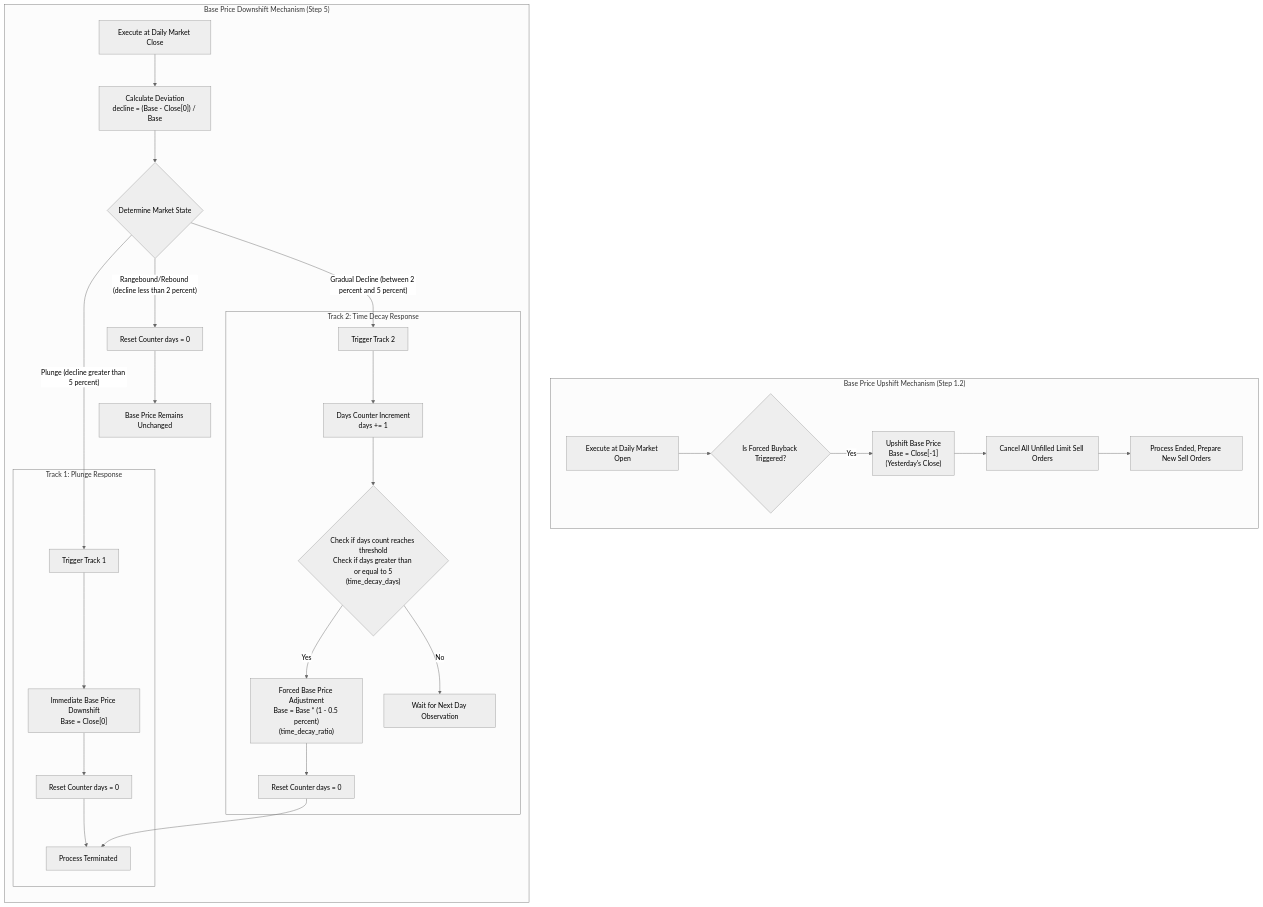
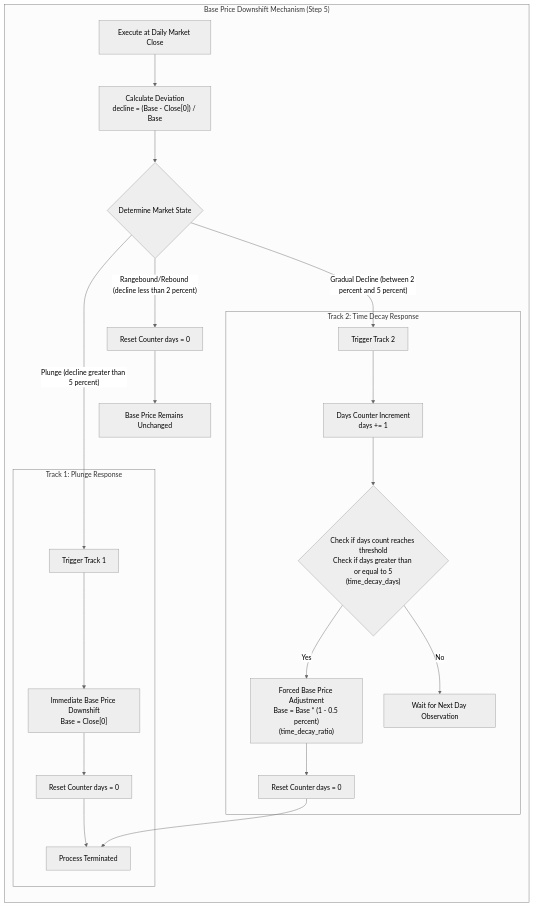
Before and after one commit to hhdsyxwei/campsis: the second of 4 diagrams in docs/strategy-designs/grid-based-bear-chasing-strategy.md, drawn with Mermaid (neutral theme). The commit also changed other lines of this file, not shown here.

First line of the commit message:
refactor(strategy): revert to unidirectional base price 'Gravity Model'

````diff
--- a/docs/strategy-designs/grid-based-bear-chasing-strategy.md
+++ b/docs/strategy-designs/grid-based-bear-chasing-strategy.md
@@ -377,41 +377,33 @@
 ```mermaid
 flowchart TD
-    subgraph "Base Price Upshift Mechanism (Step 1.2)"
-        direction LR
-        UpStart["Execute at Daily Market Open"] --> CheckForcedBuyback{"Is Forced Buyback Triggered?"}
-        CheckForcedBuyback -- Yes --> UpAction["Upshift Base Price<br>Base = Close[-1]<br>(Yesterday's Close)"]
-        UpAction --> CancelSells["Cancel All Unfilled Limit Sell Orders"]
-        CancelSells --> UpEnd["Process Ended, Prepare New Sell Orders"]
-    end
-
     subgraph "Base Price Downshift Mechanism (Step 5)"
         direction TB
         DownStart["Execute at Daily Market Close"] --> Calc["Calculate Deviation<br>decline = (Base - Close[0]) / Base"]
         
         Calc --> CheckCondition{"Determine Market State"}
         
         CheckCondition -- "Plunge (decline greater than 5 percent)" --> Track1_Start
         
         subgraph "Track 1: Plunge Response"
             Track1_Start["Trigger Track 1"] --> Track1_Action["Immediate Base Price Downshift<br>Base = Close[0]"]
             Track1_Action --> Track1_Reset["Reset Counter days = 0"]
             Track1_Reset --> DownEnd
         end
         
         CheckCondition -- "Gradual Decline (between 2 percent and 5 percent)" --> Track2_Start
         
         subgraph "Track 2: Time Decay Response"
             Track2_Start["Trigger Track 2"] --> Inc["Days Counter Increment<br>days += 1"]
             Inc --> CheckDays{"Check if days count reaches threshold<br>Check if days greater than or equal to 5<br>(time_decay_days)"}
             CheckDays -- "Yes" --> Decay["Forced Base Price Adjustment<br>Base = Base * (1 - 0.5 percent)<br>(time_decay_ratio)"]
             Decay --> Track2_Reset["Reset Counter days = 0"]
             Track2_Reset --> DownEnd
             CheckDays -- "No" --> Wait["Wait for Next Day Observation"]
         end
 
         CheckCondition -- "Rangebound/Rebound (decline less than 2 percent)" --> ResetCounter["Reset Counter days = 0"]
         ResetCounter --> NoChange["Base Price Remains Unchanged"]
     end
     
     DownEnd["Process Terminated"]
 ```
````
